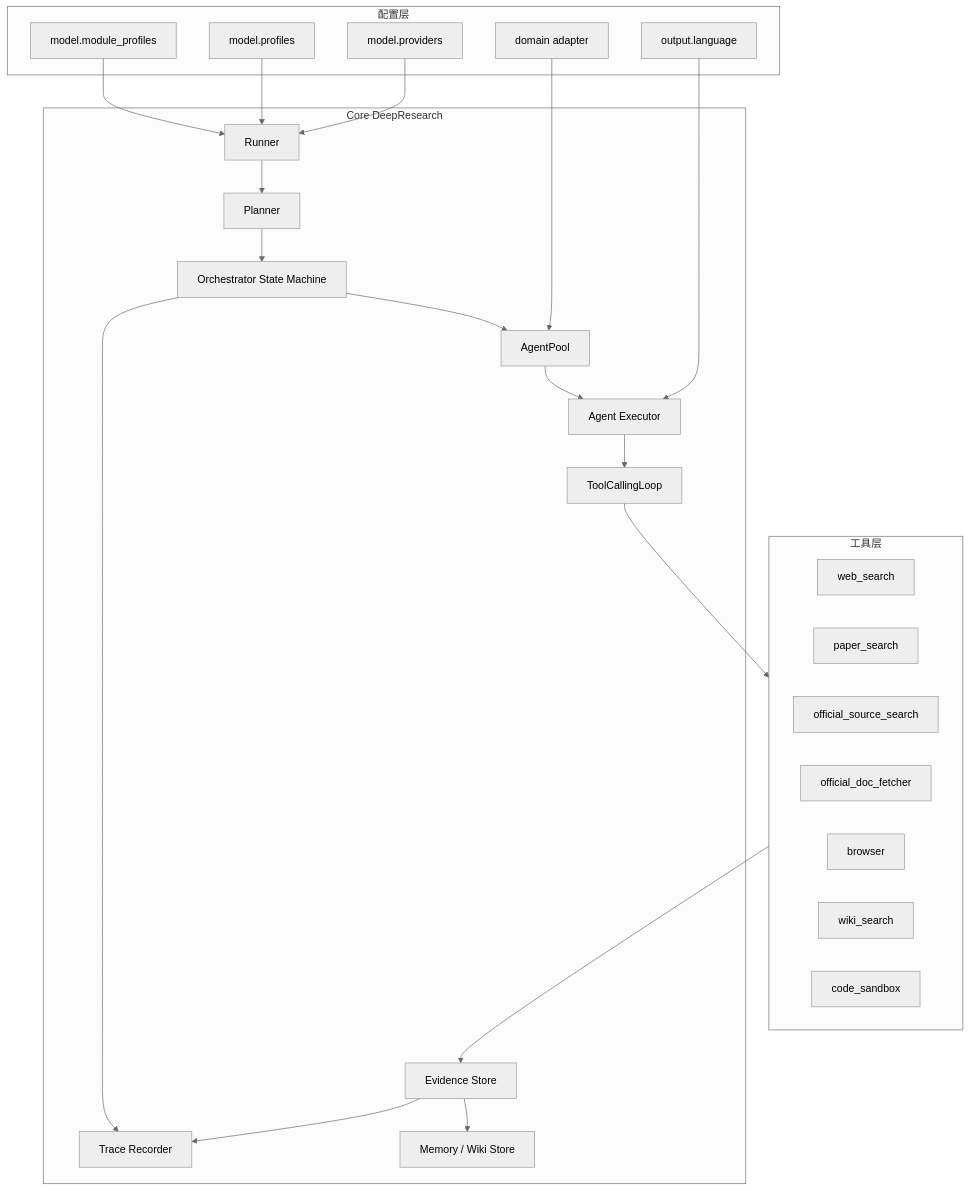
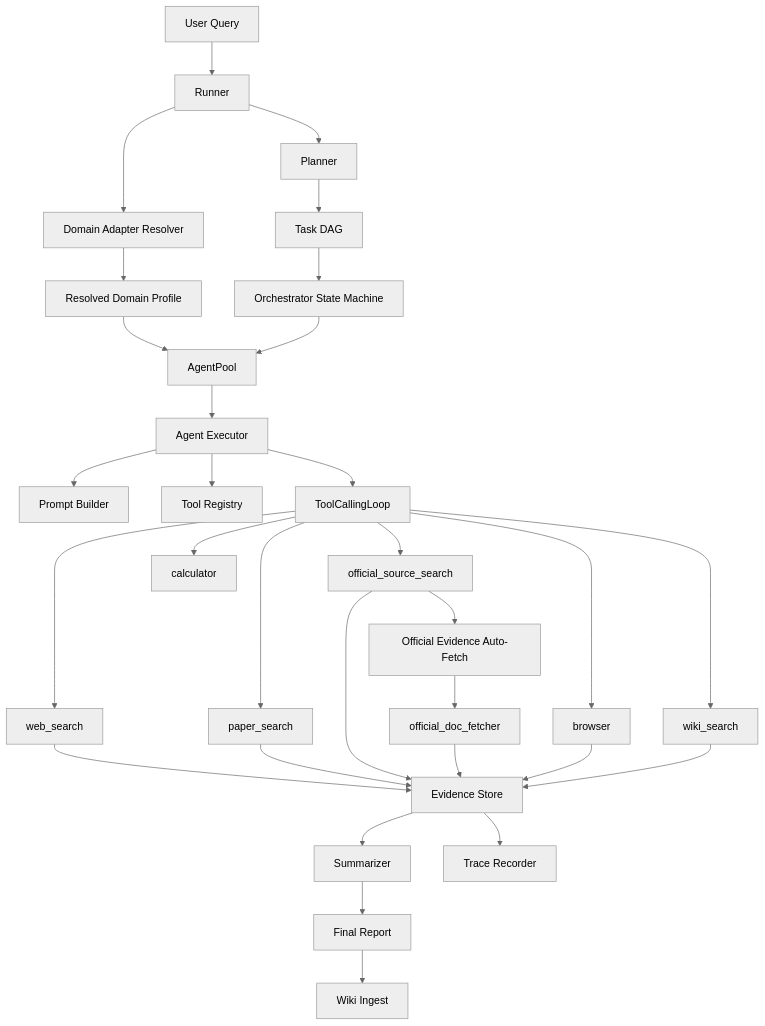
One commit to zxc3334/deepresearch changed the first of 2 diagrams in README.md. Above: the diagram before and after it, drawn with Mermaid (neutral theme). The commit also changed other lines of this file and 36 other files, not shown here.

Commit message:
Add domain adapters and official evidence auto-fetch

````diff
--- a/README.md
+++ b/README.md
@@ -34,48 +30,36 @@
 ```mermaid
 flowchart TD
-    subgraph Config["配置层"]
-        C1["model.providers"]
-        C2["model.profiles"]
-        C3["model.module_profiles"]
-        C4["domain adapter"]
-        C5["output.language"]
-    end
+    User["User Query"] --> Runner["Runner"]
+    Runner --> Adapter["Domain Adapter Resolver"]
+    Runner --> Planner["Planner"]
+    Adapter --> Profile["Resolved Domain Profile"]
+    Profile --> AgentPool["AgentPool"]
+    Planner --> DAG["Task DAG"]
+    DAG --> Orchestrator["Orchestrator State Machine"]
+    Orchestrator --> AgentPool
+    AgentPool --> Agent["Agent Executor"]
+    Agent --> Prompt["Prompt Builder"]
+    Agent --> Registry["Tool Registry"]
+    Agent --> Loop["ToolCallingLoop"]
 
-    subgraph Core["Core DeepResearch"]
-        R["Runner"]
-        P["Planner"]
-        O["Orchestrator State Machine"]
-        AP["AgentPool"]
-        AG["Agent Executor"]
-        TL["ToolCallingLoop"]
-        ES["Evidence Store"]
-        TR["Trace Recorder"]
-        MEM["Memory / Wiki Store"]
-    end
+    Loop --> Web["web_search"]
+    Loop --> Paper["paper_search"]
+    Loop --> OfficialSearch["official_source_search"]
+    OfficialSearch --> AutoFetch["Official Evidence Auto-Fetch"]
+    AutoFetch --> OfficialFetch["official_doc_fetcher"]
+    Loop --> Browser["browser"]
+    Loop --> WikiSearch["wiki_search"]
+    Loop --> Calculator["calculator"]
 
-    subgraph Tooling["工具层"]
-        WS["web_search"]
-        PS["paper_search"]
-        OS["official_source_search"]
-        OD["official_doc_fetcher"]
-        BR["browser"]
-        WK["wiki_search"]
-        CS["code_sandbox"]
-    end
+    Web --> Evidence["Evidence Store"]
+    Paper --> Evidence
+    OfficialSearch --> Evidence
+    OfficialFetch --> Evidence
+    Browser --> Evidence
+    WikiSearch --> Evidence
 
-    C1 --> R
-    C2 --> R
-    C3 --> R
-    C4 --> AP
-    C5 --> AG
-    R --> P
-    P --> O
-    O --> AP
-    AP --> AG
-    AG --> TL
-    TL --> Tooling
-    Tooling --> ES
-    ES --> TR
-    ES --> MEM
-    O --> TR
+    Evidence --> Summary["Summarizer"]
+    Evidence --> Trace["Trace Recorder"]
+    Summary --> Report["Final Report"]
+    Report --> Wiki["Wiki Ingest"]
 ```
````
